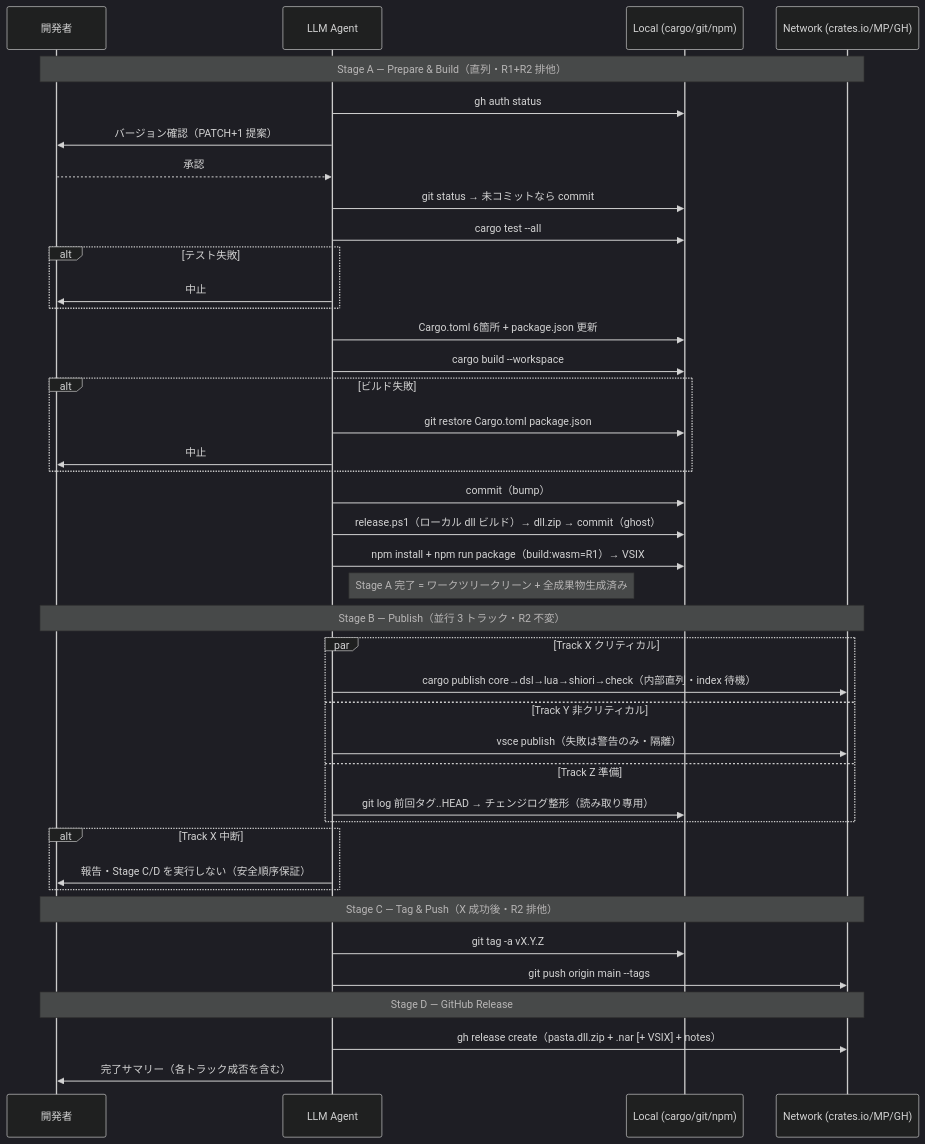
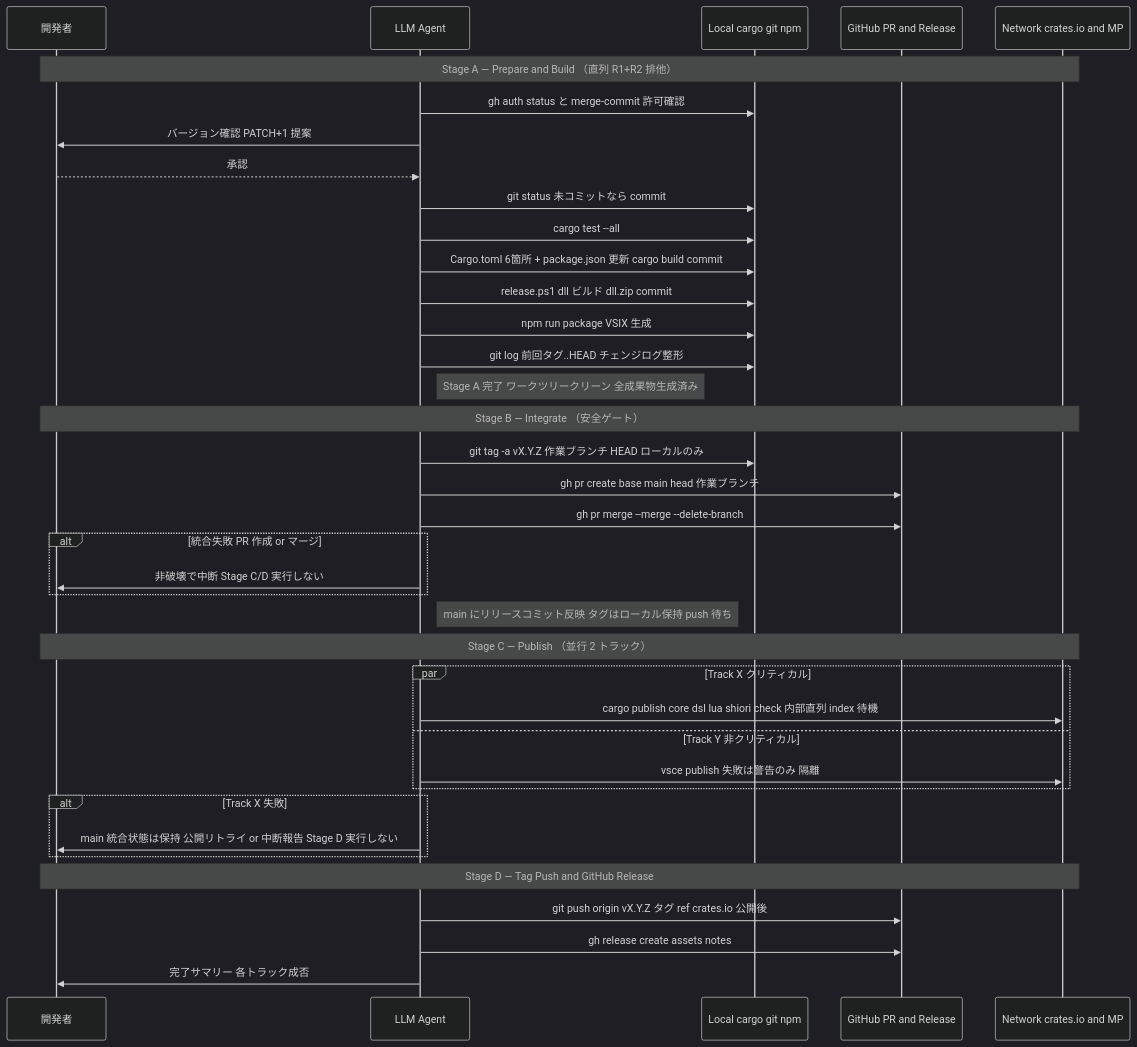
Before and after one commit to ekicyou/pasta: the second of 3 diagrams in .kiro/specs/release-workflow/design.md, drawn with Mermaid (dark theme). The commit also changed other lines of this file and 6 other files, not shown here.

First line of the commit message:
feat(release-workflow): worktree execution + PR-merge integration with completion guarantee (Req10/11)

````diff
--- a/.kiro/specs/release-workflow/design.md
+++ b/.kiro/specs/release-workflow/design.md
@@ -186,47 +228,44 @@
 ```mermaid
 sequenceDiagram
     participant Dev as 開発者
     participant LLM as LLM Agent
-    participant Local as Local (cargo/git/npm)
-    participant Net as Network (crates.io/MP/GH)
+    participant Local as Local cargo git npm
+    participant GH as GitHub PR and Release
+    participant Net as Network crates.io and MP
 
-    Note over Dev,Net: Stage A — Prepare & Build（直列・R1+R2 排他）
-    LLM->>Local: gh auth status
-    LLM->>Dev: バージョン確認（PATCH+1 提案）
+    Note over Dev,Net: Stage A — Prepare and Build （直列 R1+R2 排他）
+    LLM->>Local: gh auth status と merge-commit 許可確認
+    LLM->>Dev: バージョン確認 PATCH+1 提案
     Dev-->>LLM: 承認
-    LLM->>Local: git status → 未コミットなら commit
+    LLM->>Local: git status 未コミットなら commit
     LLM->>Local: cargo test --all
-    alt テスト失敗
-        LLM->>Dev: 中止
+    LLM->>Local: Cargo.toml 6箇所 + package.json 更新 cargo build commit
+    LLM->>Local: release.ps1 dll ビルド dll.zip commit
+    LLM->>Local: npm run package VSIX 生成
+    LLM->>Local: git log 前回タグ..HEAD チェンジログ整形
+    Note right of LLM: Stage A 完了 ワークツリークリーン 全成果物生成済み
+
+    Note over Dev,Net: Stage B — Integrate （安全ゲート）
+    LLM->>Local: git tag -a vX.Y.Z 作業ブランチ HEAD ローカルのみ
+    LLM->>GH: gh pr create base main head 作業ブランチ
+    LLM->>GH: gh pr merge --merge --delete-branch
+    alt 統合失敗 PR 作成 or マージ
+        LLM->>Dev: 非破壊で中断 Stage C/D 実行しない
     end
-    LLM->>Local: Cargo.toml 6箇所 + package.json 更新
-    LLM->>Local: cargo build --workspace
-    alt ビルド失敗
-        LLM->>Local: git restore Cargo.toml package.json
-        LLM->>Dev: 中止
+    Note right of LLM: main にリリースコミット反映 タグはローカル保持 push 待ち
+
+    Note over Dev,Net: Stage C — Publish （並行 2 トラック）
+    par Track X クリティカル
+        LLM->>Net: cargo publish core dsl lua shiori check 内部直列 index 待機
+    and Track Y 非クリティカル
+        LLM->>Net: vsce publish 失敗は警告のみ 隔離
     end
-    LLM->>Local: commit（bump）
-    LLM->>Local: release.ps1（ローカル dll ビルド）→ dll.zip → commit（ghost）
-    LLM->>Local: npm install + npm run package（build:wasm=R1）→ VSIX
-    Note right of LLM: Stage A 完了 = ワークツリークリーン + 全成果物生成済み
-
-    Note over Dev,Net: Stage B — Publish（並行 3 トラック・R2 不変）
-    par Track X クリティカル
-        LLM->>Net: cargo publish core→dsl→lua→shiori→check（内部直列・index 待機）
-    and Track Y 非クリティカル
-        LLM->>Net: vsce publish（失敗は警告のみ・隔離）
-    and Track Z 準備
-        LLM->>Local: git log 前回タグ..HEAD → チェンジログ整形（読み取り専用）
-    end
-    alt Track X 中断
-        LLM->>Dev: 報告・Stage C/D を実行しない（安全順序保証）
+    alt Track X 失敗
+        LLM->>Dev: main 統合状態は保持 公開リトライ or 中断報告 Stage D 実行しない
     end
 
-    Note over Dev,Net: Stage C — Tag & Push（X 成功後・R2 排他）
-    LLM->>Local: git tag -a vX.Y.Z
-    LLM->>Net: git push origin main --tags
-
-    Note over Dev,Net: Stage D — GitHub Release
-    LLM->>Net: gh release create（pasta.dll.zip + .nar [+ VSIX] + notes）
-    LLM->>Dev: 完了サマリー（各トラック成否を含む）
+    Note over Dev,Net: Stage D — Tag Push and GitHub Release
+    LLM->>GH: git push origin vX.Y.Z タグ ref crates.io 公開後
+    LLM->>GH: gh release create assets notes
+    LLM->>Dev: 完了サマリー 各トラック成否
 ```
````
